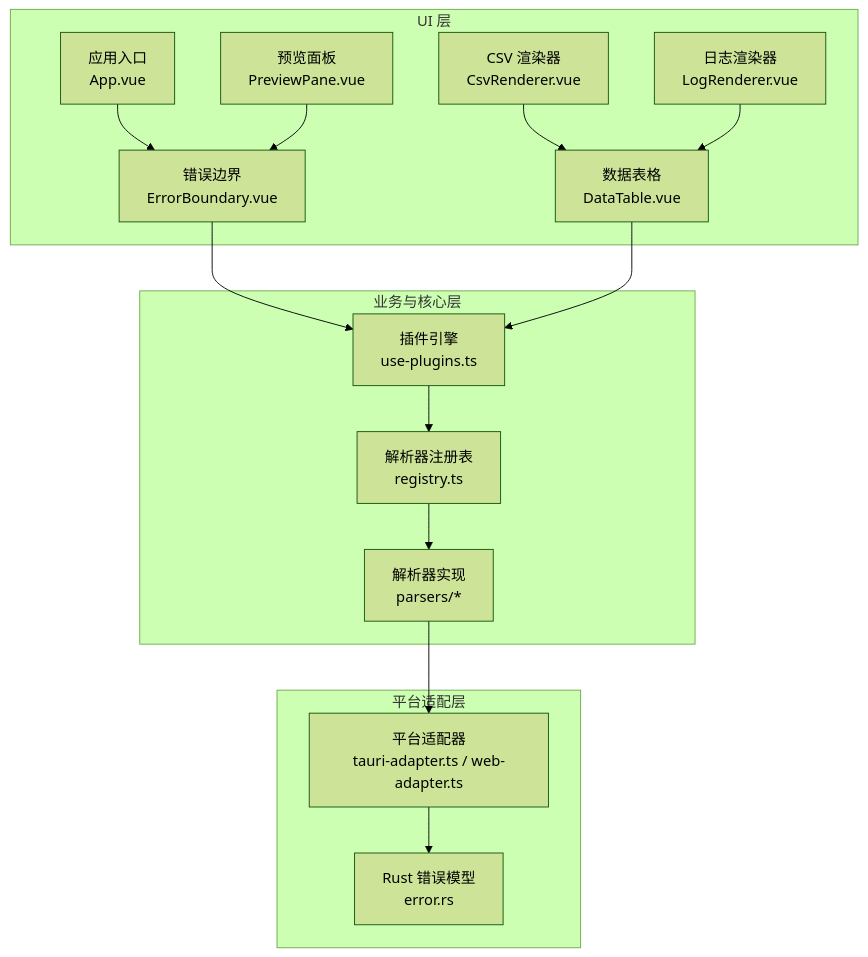
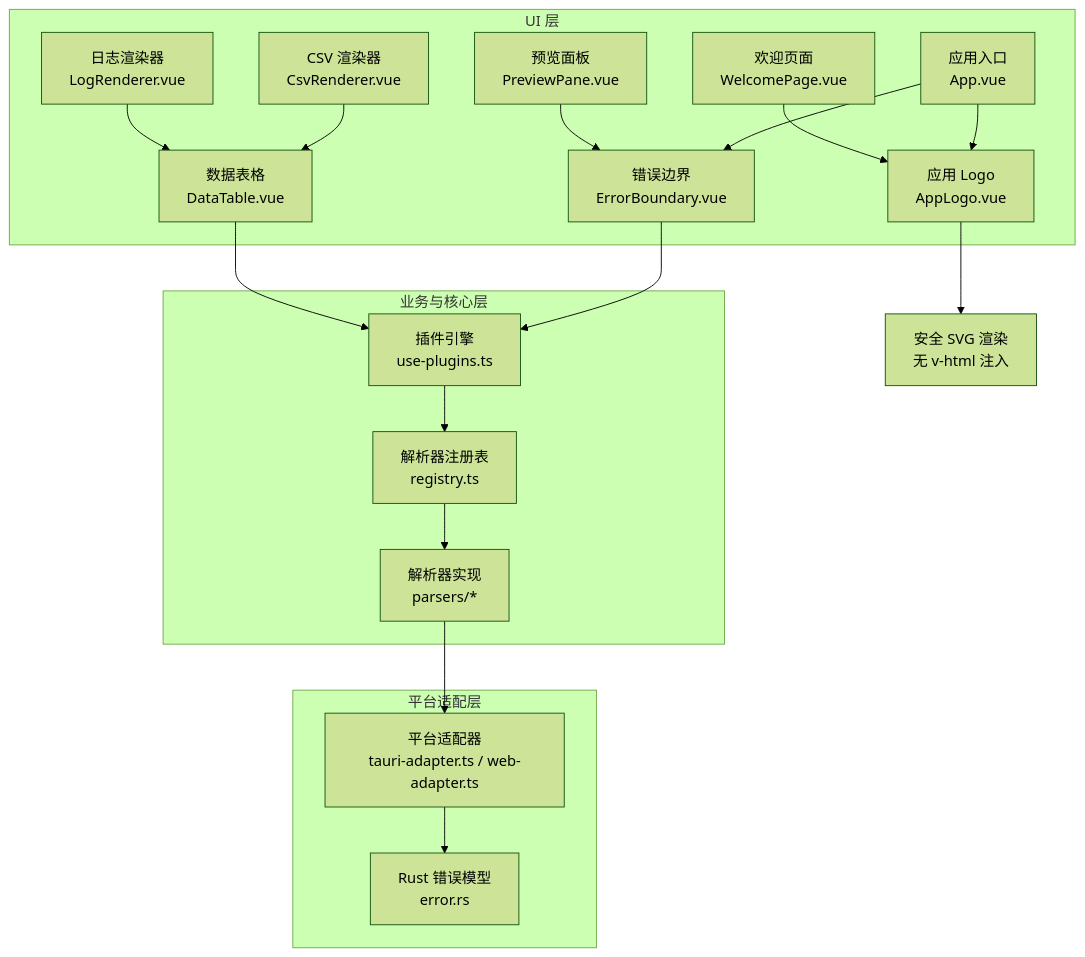
One commit to taoweidong/Hello-Tauri changed the second of 7 diagrams in .qoder/repowiki/zh/content/架构设计/组件层次结构/共享组件.md. Above: the diagram before and after it, drawn with Mermaid (forest theme). The commit also changed other lines of this file and 32 other files, not shown here.

````diff
--- a/.qoder/repowiki/zh/content/架构设计/组件层次结构/共享组件.md
+++ b/.qoder/repowiki/zh/content/架构设计/组件层次结构/共享组件.md
@@ -95,30 +114,35 @@
 ```mermaid
 graph TB
 subgraph "UI 层"
 EB["错误边界<br/>ErrorBoundary.vue"]
+AL["应用 Logo<br/>AppLogo.vue"]
 DT["数据表格<br/>DataTable.vue"]
 RP["预览面板<br/>PreviewPane.vue"]
 APP["应用入口<br/>App.vue"]
 CR["CSV 渲染器<br/>CsvRenderer.vue"]
 LR["日志渲染器<br/>LogRenderer.vue"]
+WL["欢迎页面<br/>WelcomePage.vue"]
 end
 subgraph "业务与核心层"
 PE["插件引擎<br/>use-plugins.ts"]
 PS["解析器注册表<br/>registry.ts"]
 PC["解析器实现<br/>parsers/*"]
 end
 subgraph "平台适配层"
 AD["平台适配器<br/>tauri-adapter.ts / web-adapter.ts"]
 RS["Rust 错误模型<br/>error.rs"]
 end
 APP --> EB
+APP --> AL
+WL --> AL
 RP --> EB
 EB --> PE
 CR --> DT
 LR --> DT
 DT --> PE
 PE --> PS
 PS --> PC
 PC --> AD
 AD --> RS
+AL --> SEC["安全 SVG 渲染<br/>无 v-html 注入"]
 ```
````
